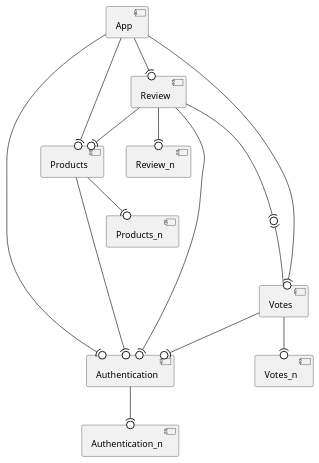
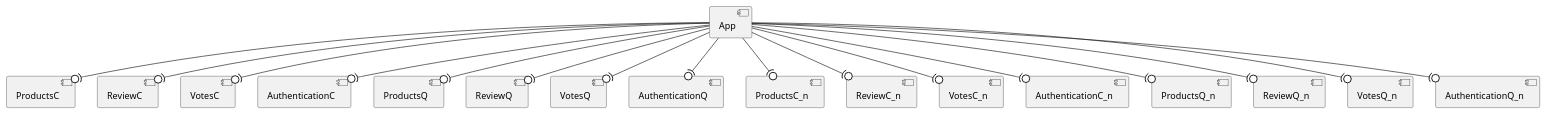
Before and after one commit to TiagoNora/SIDIS-Docs: the diagram in Docs/LogicView.puml, drawn with PlantUML. The commit also changed 3 other files, not shown here.

```diff
--- a/Docs/LogicView.puml
+++ b/Docs/LogicView.puml
@@ -1,31 +1,44 @@
 @startuml
 
 [App]
-[Products]
-[Review]
-[Votes]
-[Authentication]
-[Products_n]
-[Review_n]
-[Votes_n]
-[Authentication_n]
+[ProductsC]
+[ReviewC]
+[VotesC]
+[AuthenticationC]
+[ProductsQ]
+[ReviewQ]
+[VotesQ]
+[AuthenticationQ]
+[ProductsC_n]
+[ReviewC_n]
+[VotesC_n]
+[AuthenticationC_n]
+[ProductsQ_n]
+[ReviewQ_n]
+[VotesQ_n]
+[AuthenticationQ_n]
 
- App --(0 Products
- App --(0 Review
- App --(0 Votes
- App --(0 Authentication
+ App --(0 ProductsC
+ App --(0 ReviewC
+ App --(0 VotesC
+ App --(0 AuthenticationC
 
- Products --(0 Products_n
- Review --(0 Review_n
- Votes --(0 Votes_n
- Authentication --(0 Authentication_n
 
- Products --(0 Authentication
+ App --(0 ProductsQ
+ App --(0 ReviewQ
+ App --(0 VotesQ
+ App --(0 AuthenticationQ
 
- Review --(0 Authentication
- Review --(0 Products
- Review --(0)-- Votes
+ App --(0 ProductsC_n
+ App --(0 ReviewC_n
+ App--(0 VotesC_n
+ App --(0 AuthenticationC_n
 
- Votes --(0 Authentication
+ App --(0 ProductsQ_n
+ App --(0 ReviewQ_n
+ App --(0 VotesQ_n
+ App --(0 AuthenticationQ_n
+
+
 
 @enduml
```
